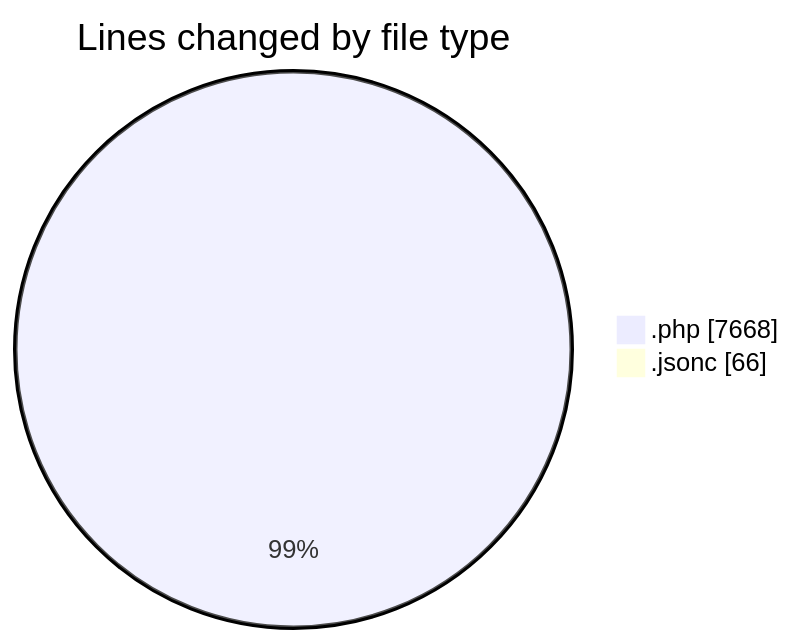
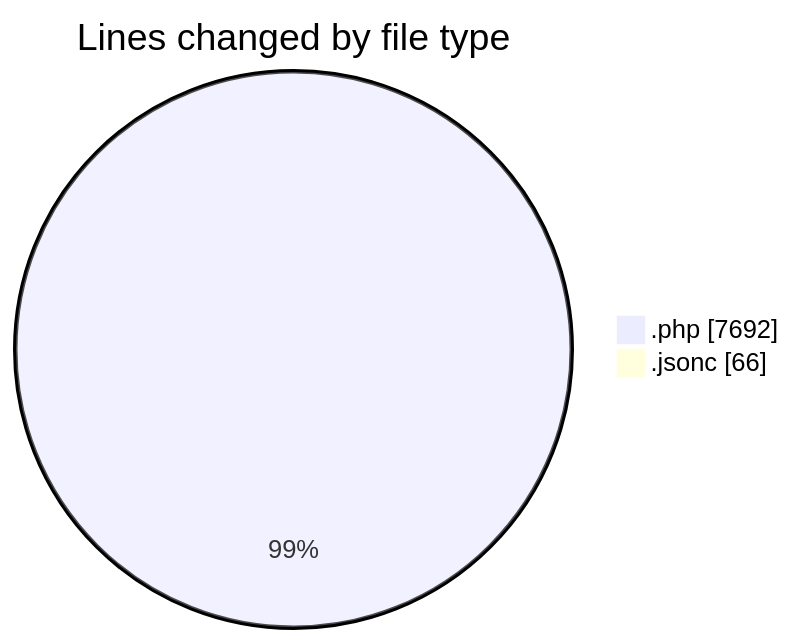
The first of 2 diagrams in 2025-09-06/shop/README.md (vahidmafi/code-tracking), drawn with Mermaid before and after one commit. The commit also changed other lines of this file and 1 other file, not shown here.

````diff
--- a/2025-09-06/shop/README.md
+++ b/2025-09-06/shop/README.md
@@ -27,6 +27,6 @@
 ```mermaid
 pie showData
 title Lines changed by file type
-".php" : 7668
+".php" : 7692
 ".jsonc" : 66
 ```
````
